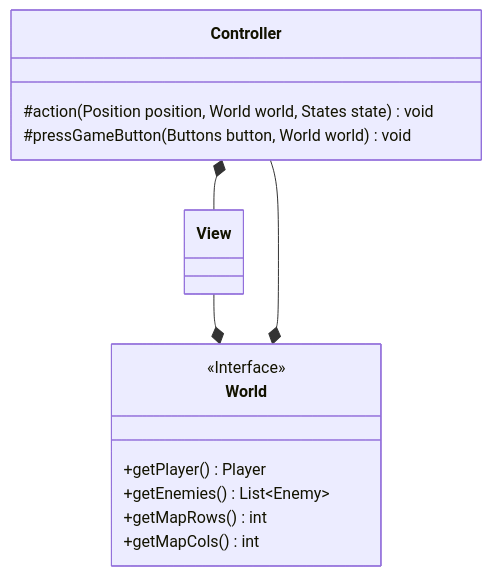
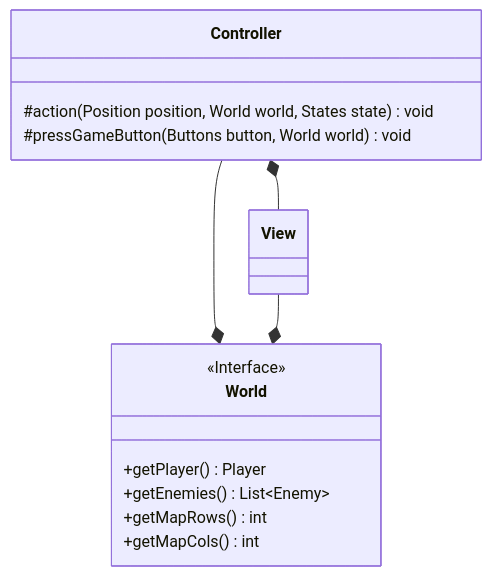
The diagram in report/diagrams/Architecture.md (thunderingmarmot/OOP23-objectonepiece), drawn with Mermaid before and after one commit. The commit also changed other lines of this file, not shown here.

````diff
--- a/report/diagrams/Architecture.md
+++ b/report/diagrams/Architecture.md
@@ -1,19 +1,19 @@
 ```mermaid
 classDiagram
+
+class View
+
+class Controller
+Controller --* World
+Controller *-- View
+Controller : #action(Position position, World world, States state) void
+Controller : #pressGameButton(Buttons button, World world) void
 
 class World
 <<Interface>> World
 View --* World
 World : +getPlayer() Player
 World : +getEnemies() List~Enemy~
 World : +getMapRows() int
 World : +getMapCols() int
-
-class View
-
-class Controller
-Controller --* World
-Controller *-- View
-Controller : #action(Position position, World world, States state) void
-Controller : #pressGameButton(Buttons button, World world) void
 ```
````
